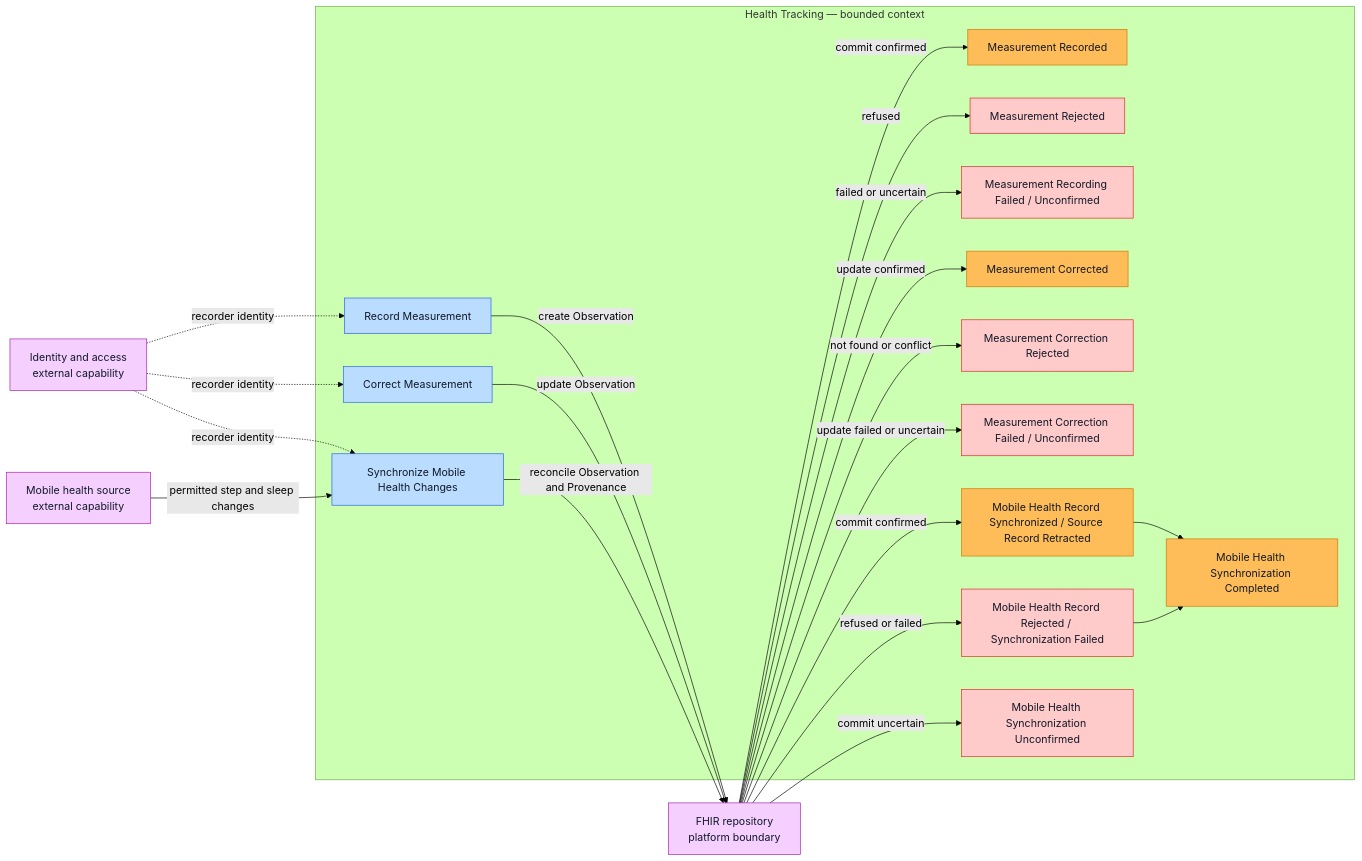
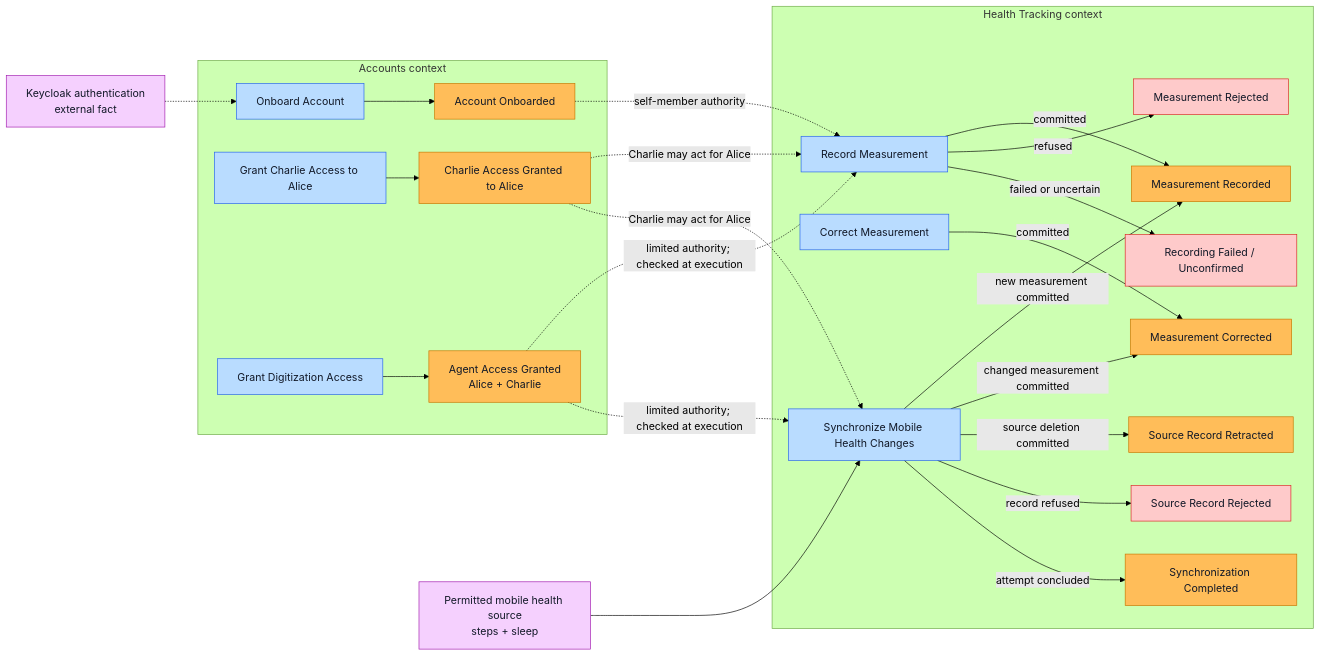
The fifth of 5 diagrams in examples/medplum-health-tracking/src/contexts/health-tracking/EVENT_STORMING.md (ragavsathish/medplum), drawn with Mermaid (forest theme) before and after one commit. The commit also changed other lines of this file and 3 other files, not shown here.

Commit message:
docs: align event storming and measurement requirements

````diff
--- a/examples/medplum-health-tracking/src/contexts/health-tracking/EVENT_STORMING.md
+++ b/examples/medplum-health-tracking/src/contexts/health-tracking/EVENT_STORMING.md
@@ -132,56 +119,53 @@
 ```mermaid
 flowchart LR
-    Identity["Identity and access<br/>external capability"]
-
-    subgraph HT["Health Tracking — bounded context"]
-        Record["Record Measurement"]
-        Recorded["Measurement Recorded"]
-        RecordRejected["Measurement Rejected"]
-        RecordFailed["Measurement Recording Failed / Unconfirmed"]
-
-        Correct["Correct Measurement"]
-        Corrected["Measurement Corrected"]
-        CorrectionRejected["Measurement Correction Rejected"]
-        CorrectionFailed["Measurement Correction Failed / Unconfirmed"]
-
-        Sync["Synchronize Mobile Health Changes"]
-        Synchronized["Mobile Health Record Synchronized / Source Record Retracted"]
-        SyncFailed["Mobile Health Record Rejected / Synchronization Failed"]
-        SyncUnknown["Mobile Health Synchronization Unconfirmed"]
-        SyncCompleted["Mobile Health Synchronization Completed"]
+    subgraph Accounts["Accounts context"]
+        Onboard["Onboard Account"] --> Account["Account Onboarded"]
+        Family["Grant Charlie Access to Alice"] --> FamilyGranted["Charlie Access Granted to Alice"]
+        AgentGrant["Grant Digitization Access"] --> AgentGranted["Agent Access Granted<br/>Alice + Charlie"]
     end
 
-    MobileSource["Mobile health source<br/>external capability"]
-    Repository["FHIR repository<br/>platform boundary"]
+    Auth["Keycloak authentication<br/>external fact"] -.-> Onboard
 
-    Identity -. "recorder identity" .-> Record
-    Identity -. "recorder identity" .-> Correct
-    Identity -. "recorder identity" .-> Sync
-    MobileSource -->|permitted step and sleep changes| Sync
+    subgraph Tracking["Health Tracking context"]
+        Record["Record Measurement"]
+        Correct["Correct Measurement"]
+        Sync["Synchronize Mobile Health Changes"]
 
-    Record -->|create Observation| Repository
-    Repository -->|commit confirmed| Recorded
-    Repository -->|refused| RecordRejected
-    Repository -->|failed or uncertain| RecordFailed
+        Recorded["Measurement Recorded"]
+        Corrected["Measurement Corrected"]
+        Retracted["Source Record Retracted"]
+        Completed["Synchronization Completed"]
 
-    Correct -->|update Observation| Repository
-    Repository -->|update confirmed| Corrected
-    Repository -->|not found or conflict| CorrectionRejected
-    Repository -->|update failed or uncertain| CorrectionFailed
+        Rejected["Measurement Rejected"]
+        Other["Recording Failed / Unconfirmed"]
+        SyncRejected["Source Record Rejected"]
 
-    Sync -->|reconcile Observation and Provenance| Repository
-    Repository -->|commit confirmed| Synchronized
-    Repository -->|refused or failed| SyncFailed
-    Repository -->|commit uncertain| SyncUnknown
-    Synchronized --> SyncCompleted
-    SyncFailed --> SyncCompleted
+        Record -->|committed| Recorded
+        Record -->|refused| Rejected
+        Record -->|failed or uncertain| Other
+
+        Correct -->|committed| Corrected
+        Sync -->|new measurement committed| Recorded
+        Sync -->|changed measurement committed| Corrected
+        Sync -->|source deletion committed| Retracted
+        Sync -->|record refused| SyncRejected
+        Sync -->|attempt concluded| Completed
+    end
+
+    Account -. "self-member authority" .-> Record
+    FamilyGranted -. "Charlie may act for Alice" .-> Record
+    FamilyGranted -. "Charlie may act for Alice" .-> Sync
+    AgentGranted -. "limited authority; checked at execution" .-> Record
+    AgentGranted -. "limited authority; checked at execution" .-> Sync
+
+    Source["Permitted mobile health source<br/>steps + sleep"] --> Sync
 
     classDef command fill:#b9dcff,stroke:#2563eb,color:#111827
     classDef event fill:#ffbd59,stroke:#c77700,color:#111827
     classDef failure fill:#fecaca,stroke:#dc2626,color:#111827
     classDef external fill:#f5d0fe,stroke:#a21caf,color:#111827
-    class Record,Correct,Sync command
-    class Recorded,Corrected,Synchronized,SyncCompleted event
-    class RecordRejected,RecordFailed,CorrectionRejected,CorrectionFailed,SyncFailed,SyncUnknown failure
-    class Identity,MobileSource,Repository external
+    class Onboard,Family,AgentGrant,Record,Correct,Sync command
+    class Account,FamilyGranted,AgentGranted,Recorded,Corrected,Retracted,Completed event
+    class Rejected,Other,SyncRejected failure
+    class Auth,Source external
 ```
````
